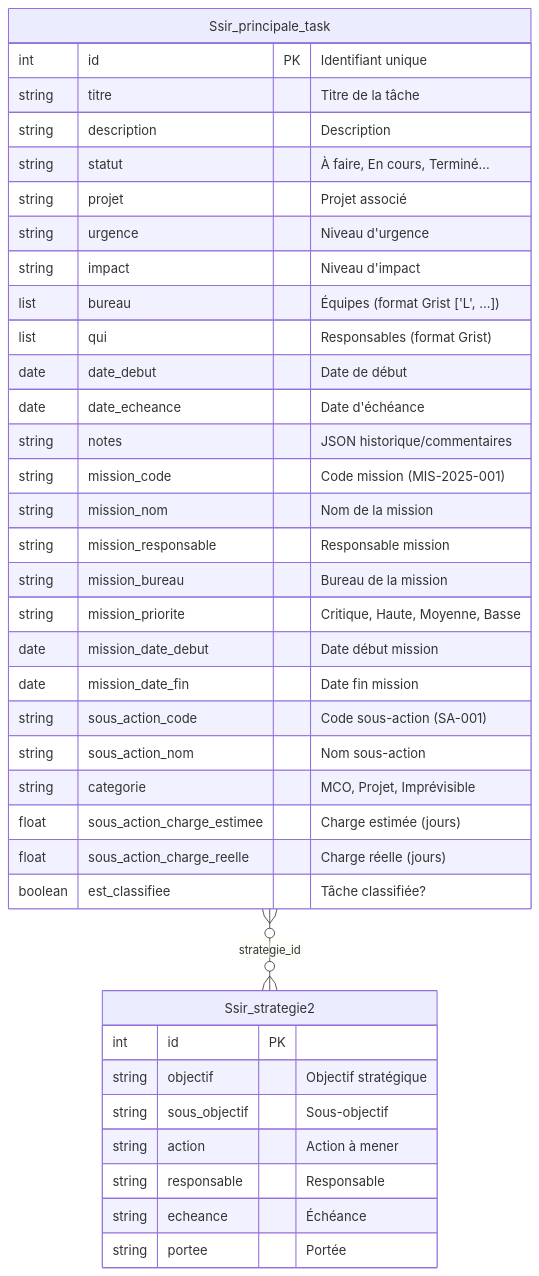
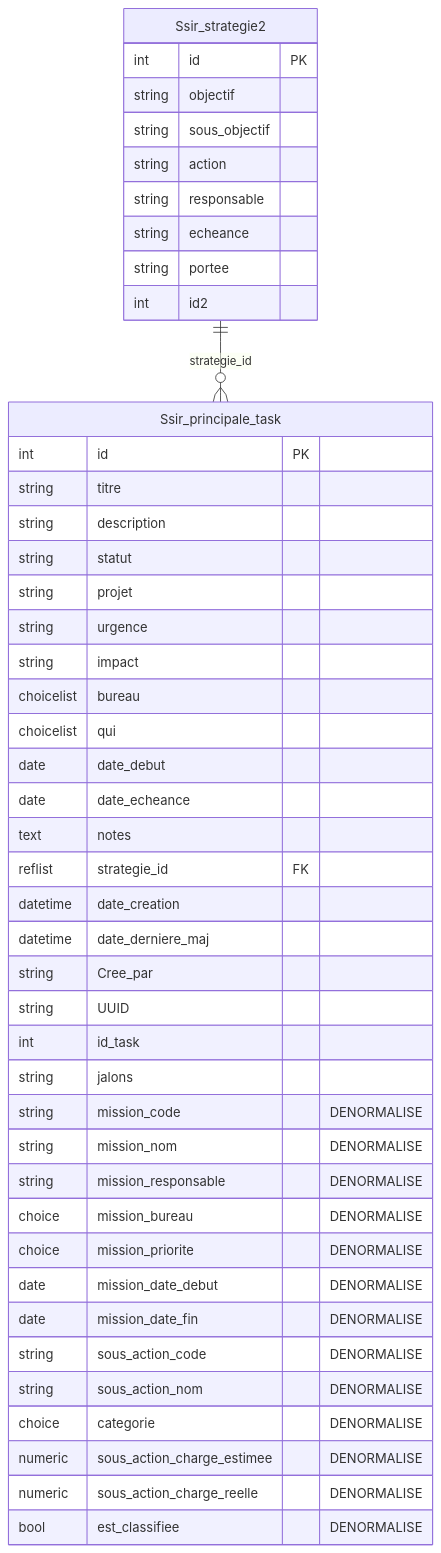
The third of 10 diagrams in kanbantest/MISSIONS_ARCHITECTURE.md (timox/timox.github.io), drawn with Mermaid before and after one commit. The commit also changed other lines of this file, not shown here.

First line of the commit message:
Doc: MCD complet et guide de configuration Grist

````diff
--- a/kanbantest/MISSIONS_ARCHITECTURE.md
+++ b/kanbantest/MISSIONS_ARCHITECTURE.md
@@ -100,42 +165,50 @@
 ```mermaid
 erDiagram
-    Ssir_principale_task {
-        int id PK "Identifiant unique"
-        string titre "Titre de la tâche"
-        string description "Description"
-        string statut "À faire, En cours, Terminé..."
-        string projet "Projet associé"
-        string urgence "Niveau d'urgence"
-        string impact "Niveau d'impact"
-        list bureau "Équipes (format Grist ['L', ...])"
-        list qui "Responsables (format Grist)"
-        date date_debut "Date de début"
-        date date_echeance "Date d'échéance"
-        string notes "JSON historique/commentaires"
-        string mission_code "Code mission (MIS-2025-001)"
-        string mission_nom "Nom de la mission"
-        string mission_responsable "Responsable mission"
-        string mission_bureau "Bureau de la mission"
-        string mission_priorite "Critique, Haute, Moyenne, Basse"
-        date mission_date_debut "Date début mission"
-        date mission_date_fin "Date fin mission"
-        string sous_action_code "Code sous-action (SA-001)"
-        string sous_action_nom "Nom sous-action"
-        string categorie "MCO, Projet, Imprévisible"
-        float sous_action_charge_estimee "Charge estimée (jours)"
-        float sous_action_charge_reelle "Charge réelle (jours)"
-        boolean est_classifiee "Tâche classifiée?"
-    }
+    Ssir_strategie2 ||--o{ Ssir_principale_task : "strategie_id"
 
     Ssir_strategie2 {
         int id PK
-        string objectif "Objectif stratégique"
-        string sous_objectif "Sous-objectif"
-        string action "Action à mener"
-        string responsable "Responsable"
-        string echeance "Échéance"
-        string portee "Portée"
+        string objectif
+        string sous_objectif
+        string action
+        string responsable
+        string echeance
+        string portee
+        int id2
     }
 
-    Ssir_principale_task }o--o{ Ssir_strategie2 : "strategie_id"
+    Ssir_principale_task {
+        int id PK
+        string titre
+        string description
+        string statut
+        string projet
+        string urgence
+        string impact
+        choicelist bureau
+        choicelist qui
+        date date_debut
+        date date_echeance
+        text notes
+        reflist strategie_id FK
+        datetime date_creation
+        datetime date_derniere_maj
+        string Cree_par
+        string UUID
+        int id_task
+        string jalons
+        string mission_code "DENORMALISE"
+        string mission_nom "DENORMALISE"
+        string mission_responsable "DENORMALISE"
+        choice mission_bureau "DENORMALISE"
+        choice mission_priorite "DENORMALISE"
+        date mission_date_debut "DENORMALISE"
+        date mission_date_fin "DENORMALISE"
+        string sous_action_code "DENORMALISE"
+        string sous_action_nom "DENORMALISE"
+        choice categorie "DENORMALISE"
+        numeric sous_action_charge_estimee "DENORMALISE"
+        numeric sous_action_charge_reelle "DENORMALISE"
+        bool est_classifiee "DENORMALISE"
+    }
 ```
````
